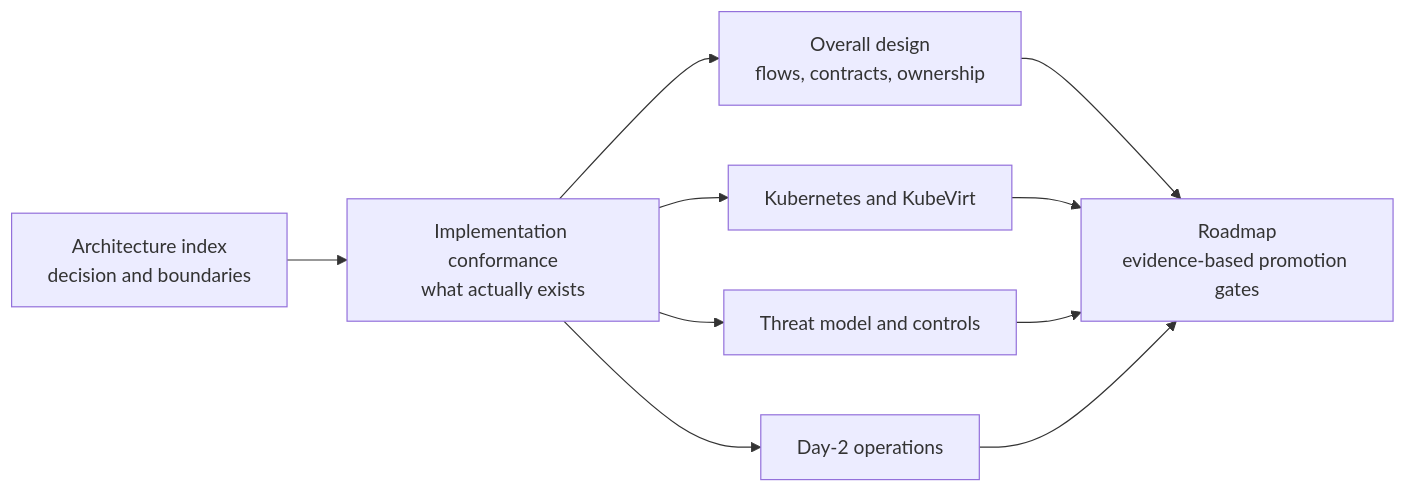
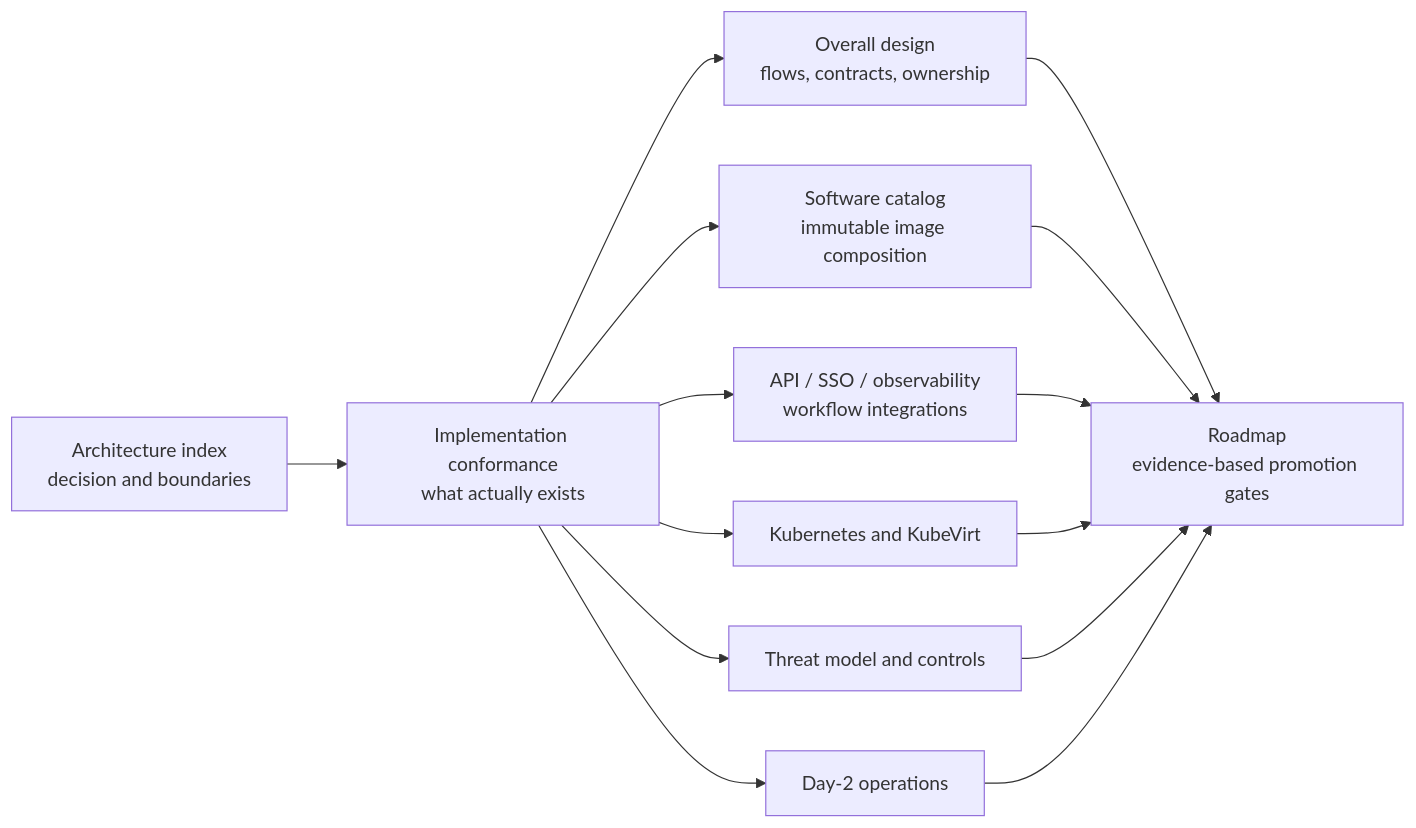
Before and after one commit to diaryfolio/MalZone: the diagram in docs/design/high-level/README.md, drawn with Mermaid. The commit also changed other lines of this file and 30 other files, not shown here.

````diff
--- a/docs/design/high-level/README.md
+++ b/docs/design/high-level/README.md
@@ -7,9 +7,11 @@
 ```mermaid
 flowchart LR
     Index["Architecture index<br/>decision and boundaries"] --> Truth["Implementation conformance<br/>what actually exists"]
     Truth --> Overall["Overall design<br/>flows, contracts, ownership"]
+    Truth --> Images["Software catalog<br/>immutable image composition"]
+    Truth --> Integrations["API / SSO / observability<br/>workflow integrations"]
     Truth --> Deploy["Kubernetes and KubeVirt"]
     Truth --> Security["Threat model and controls"]
     Truth --> Operations["Day-2 operations"]
-    Overall & Deploy & Security & Operations --> Roadmap["Roadmap<br/>evidence-based promotion gates"]
+    Overall & Images & Integrations & Deploy & Security & Operations --> Roadmap["Roadmap<br/>evidence-based promotion gates"]
 ```
````
